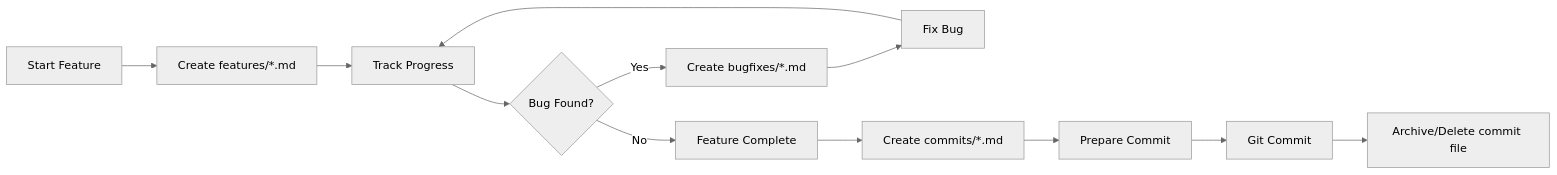
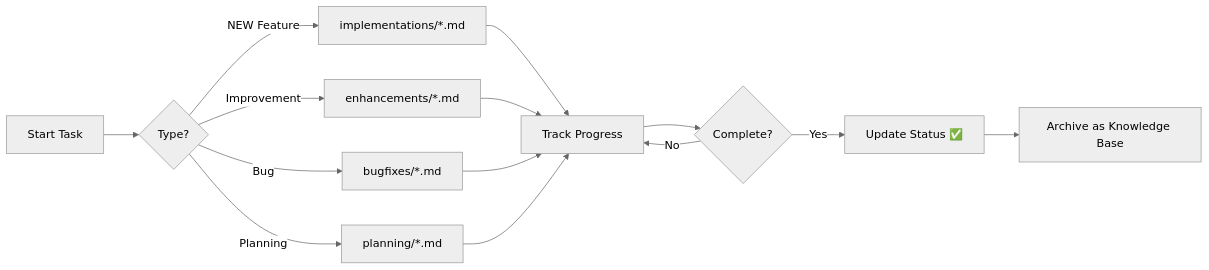
The diagram in docs/dev-notes/README.md (thxlong/KaDongSite), drawn with Mermaid (neutral theme) before and after one commit. The commit also changed other lines of this file and 42 other files, not shown here.

First line of the commit message:
feat: Implement backend restructure migration plan with Clean Architecture

````diff
--- a/docs/dev-notes/README.md
+++ b/docs/dev-notes/README.md
@@ -84,14 +116,16 @@
 ```mermaid
 graph LR
-    A[Start Feature] --> B[Create features/*.md]
-    B --> C[Track Progress]
-    C --> D{Bug Found?}
-    D -->|Yes| E[Create bugfixes/*.md]
-    E --> F[Fix Bug]
-    F --> C
-    D -->|No| G[Feature Complete]
-    G --> H[Create commits/*.md]
-    H --> I[Prepare Commit]
-    I --> J[Git Commit]
-    J --> K[Archive/Delete commit file]
+    A[Start Task] --> B{Type?}
+    B -->|NEW Feature| C[implementations/*.md]
+    B -->|Improvement| D[enhancements/*.md]
+    B -->|Bug| E[bugfixes/*.md]
+    B -->|Planning| F[planning/*.md]
+    C --> G[Track Progress]
+    D --> G
+    E --> G
+    F --> G
+    G --> H{Complete?}
+    H -->|Yes| I[Update Status ✅]
+    H -->|No| G
+    I --> J[Archive as Knowledge Base]
 ```
````
